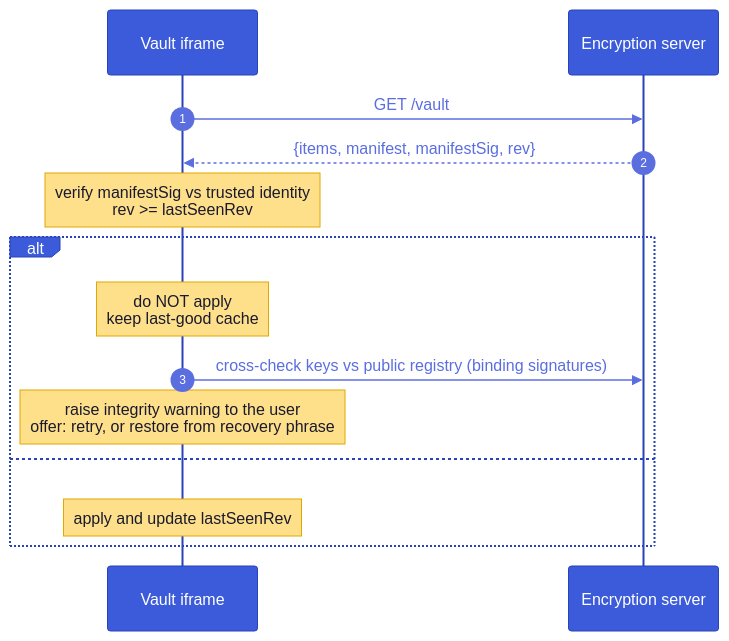
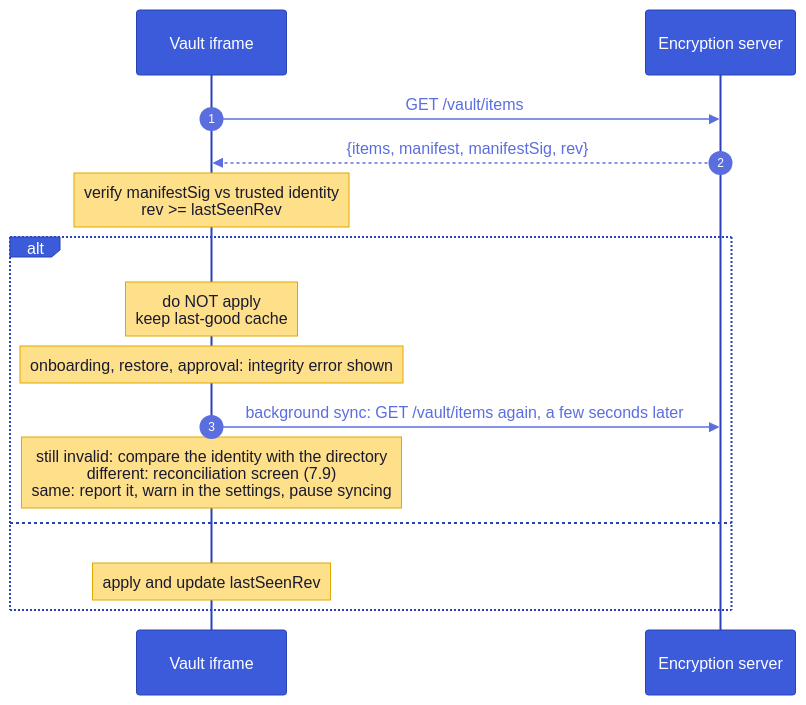
One commit to suitenumerique/encryption changed diagram 17 of 24 in architecture.md. Above: the diagram before and after it, drawn with Mermaid. The commit also changed other lines of this file and 24 other files, not shown here.

Commit message:
fix(crypto): encrypt with xchacha20-poly1305 aead instead of xsalsa20 secretbox as documented + harden vault integrity checks & chore(docs): rework the architecture document

````diff
--- a/architecture.md
+++ b/architecture.md
@@ -522,17 +1221,18 @@
 ```mermaid
-%%{init: {'theme':'base','themeVariables':{'actorBkg':'#3b5bdb','actorTextColor':'#fff','actorBorder':'#2942b8','signalColor':'#5b6ee0','signalTextColor':'#5b6ee0','noteBkgColor':'#ffe08a','noteTextColor':'#1a1a2e','noteBorderColor':'#e0a800','sequenceNumberColor':'#fff'}}}%%
+%%{init: {'theme':'base','look':'classic','themeVariables':{'actorBkg':'#3b5bdb','actorTextColor':'#fff','actorBorder':'#2942b8','signalColor':'#5b6ee0','signalTextColor':'#5b6ee0','noteBkgColor':'#ffe08a','noteTextColor':'#1a1a2e','noteBorderColor':'#e0a800','sequenceNumberColor':'#fff'}}}%%
 sequenceDiagram
   autonumber
   participant V as Vault iframe
   participant API as Encryption server
-  V->>API: GET /vault
+  V->>API: GET /vault/items
   API-->>V: {items, manifest, manifestSig, rev}
   Note over V: verify manifestSig vs trusted identity<br/>rev >= lastSeenRev
   alt invalid signature or rolled-back revision
     Note over V: do NOT apply<br/>keep last-good cache
-    V->>API: cross-check keys vs public registry (binding signatures)
-    Note over V: raise integrity warning to the user<br/>offer: retry, or restore from recovery phrase
+    Note over V: onboarding, restore, approval: integrity error shown
+    V->>API: background sync: GET /vault/items again, a few seconds later
+    Note over V: still invalid: compare the identity with the directory<br/>different: reconciliation screen (7.9)<br/>same: report it, warn in the settings, pause syncing
   else valid
     Note over V: apply and update lastSeenRev
   end
 ```
````
